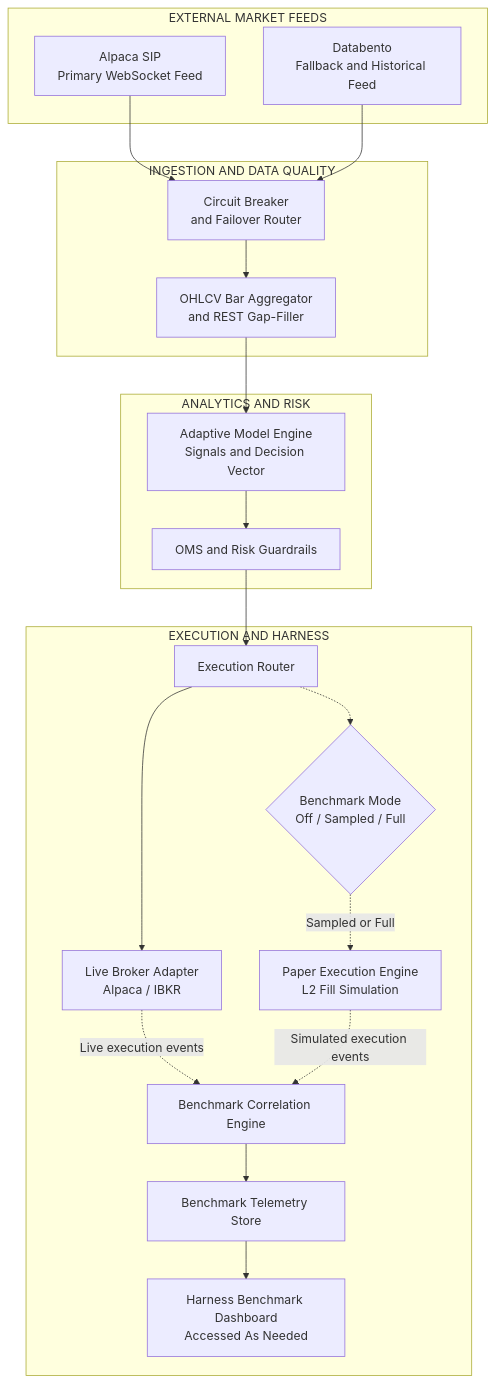
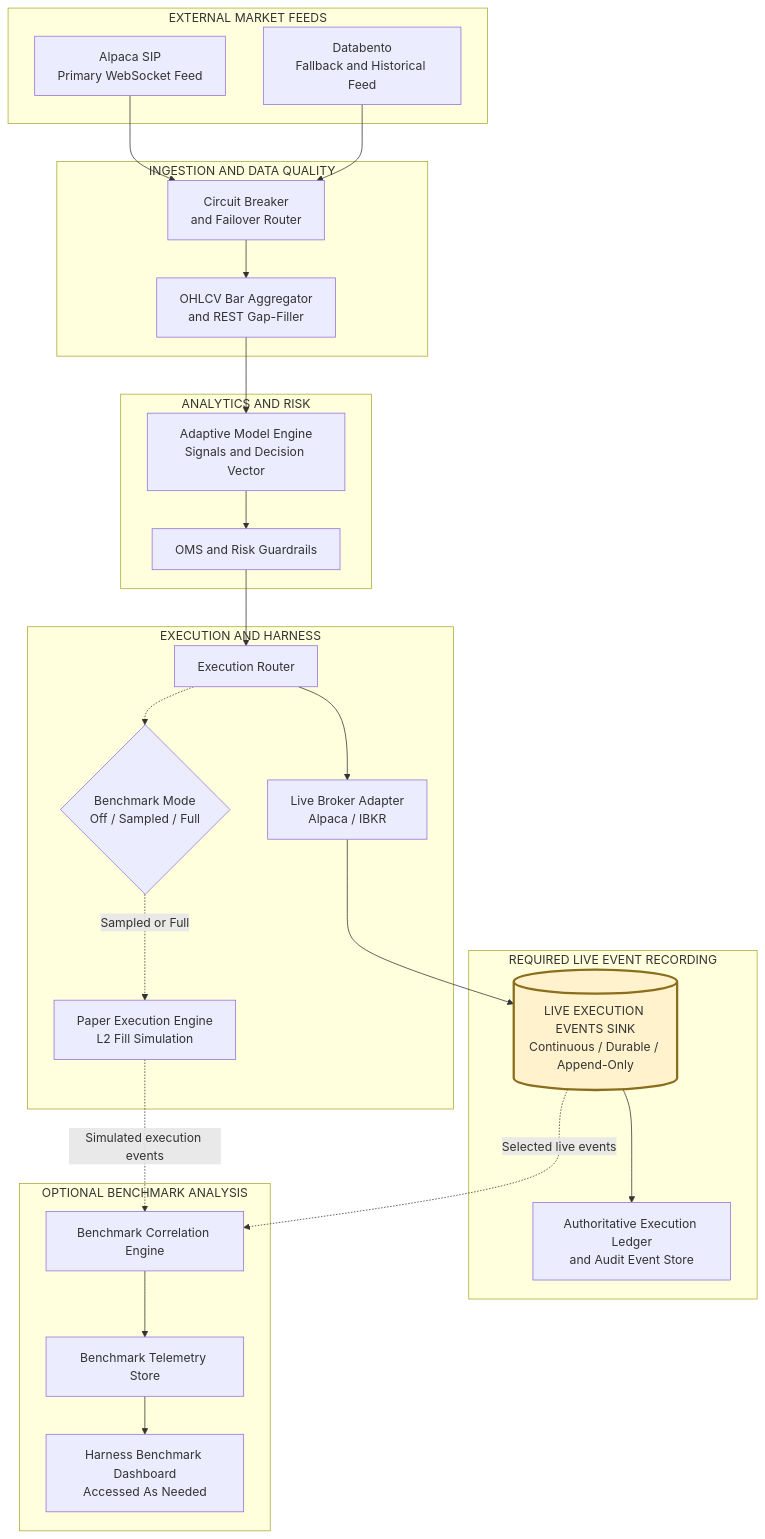
One commit to srao977/SADE changed the diagram in docs/design/musings/OHLCV_discussion_output_082826.md. Above: the diagram before and after it, drawn with Mermaid. The commit also changed other lines of this file, not shown here.

Commit message:
document live execution events sink

````diff
--- a/docs/design/musings/OHLCV_discussion_output_082826.md
+++ b/docs/design/musings/OHLCV_discussion_output_082826.md
@@ -268,42 +308,54 @@
 ```mermaid
 flowchart TD
     subgraph FEEDS["EXTERNAL MARKET FEEDS"]
         ALPACA["Alpaca SIP<br/>Primary WebSocket Feed"]
         DATABENTO["Databento<br/>Fallback and Historical Feed"]
     end
 
     subgraph INGESTION["INGESTION AND DATA QUALITY"]
         FAILOVER["Circuit Breaker<br/>and Failover Router"]
         BARS["OHLCV Bar Aggregator<br/>and REST Gap-Filler"]
     end
 
     subgraph DECISION["ANALYTICS AND RISK"]
         MODEL["Adaptive Model Engine<br/>Signals and Decision Vector"]
         RISK["OMS and Risk Guardrails"]
     end
 
     subgraph EXECUTION["EXECUTION AND HARNESS"]
         ROUTER["Execution Router"]
         LIVE["Live Broker Adapter<br/>Alpaca / IBKR"]
         MODE{"Benchmark Mode<br/>Off / Sampled / Full"}
         PAPER["Paper Execution Engine<br/>L2 Fill Simulation"]
+    end
+
+    subgraph RECORDING["REQUIRED LIVE EVENT RECORDING"]
+        EVENTS[("LIVE EXECUTION EVENTS SINK<br/>Continuous / Durable / Append-Only")]
+        LEDGER["Authoritative Execution Ledger<br/>and Audit Event Store"]
+    end
+
+    subgraph BENCHMARK["OPTIONAL BENCHMARK ANALYSIS"]
         CORRELATE["Benchmark Correlation Engine"]
         STORE["Benchmark Telemetry Store"]
         DASH["Harness Benchmark Dashboard<br/>Accessed As Needed"]
     end
 
     ALPACA --> FAILOVER
     DATABENTO --> FAILOVER
     FAILOVER --> BARS
     BARS --> MODEL
     MODEL --> RISK
     RISK --> ROUTER
     ROUTER --> LIVE
+    LIVE --> EVENTS
+    EVENTS --> LEDGER
 
     ROUTER -.-> MODE
     MODE -.->|"Sampled or Full"| PAPER
-    LIVE -.->|"Live execution events"| CORRELATE
+    EVENTS -.->|"Selected live events"| CORRELATE
     PAPER -.->|"Simulated execution events"| CORRELATE
     CORRELATE --> STORE
     STORE --> DASH
+
+    style EVENTS fill:#fff2cc,stroke:#8a6d1d,stroke-width:3px
 ```
````
